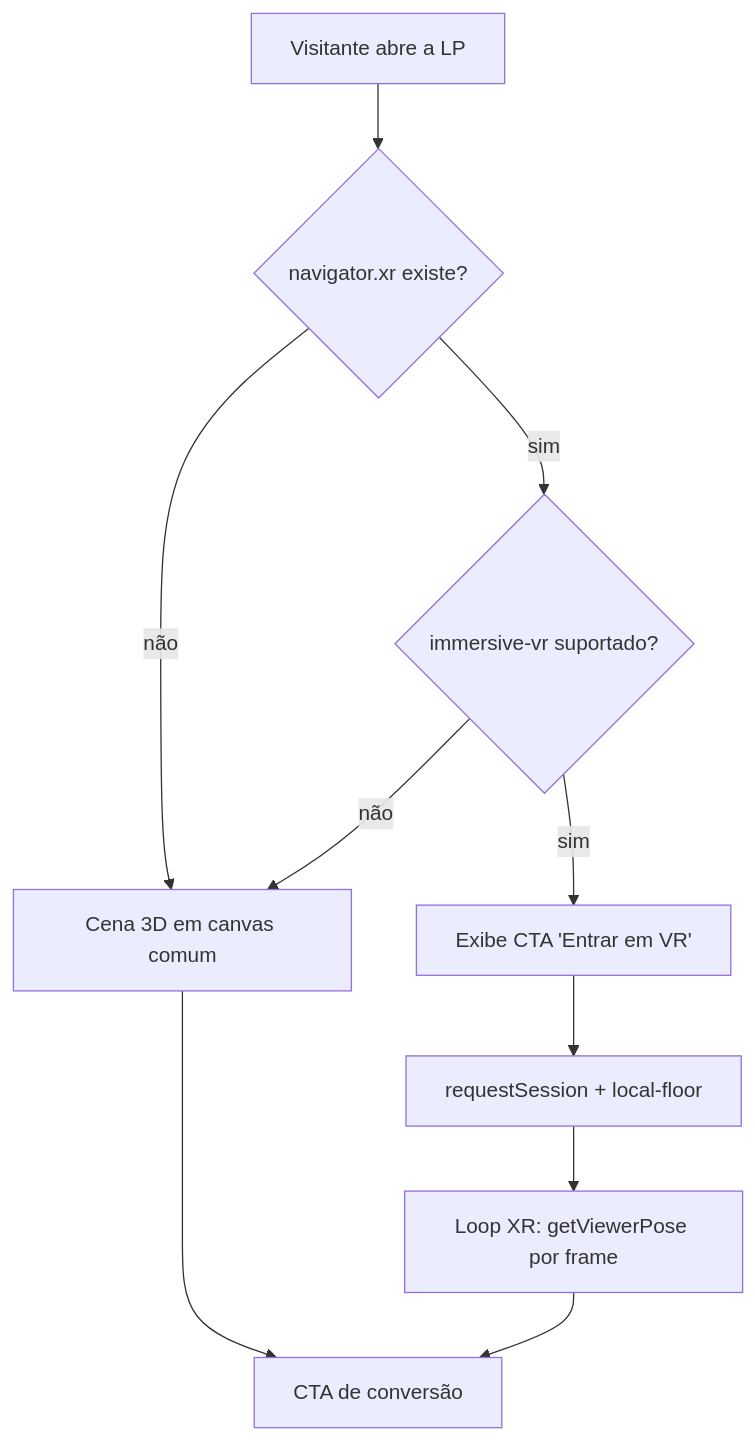
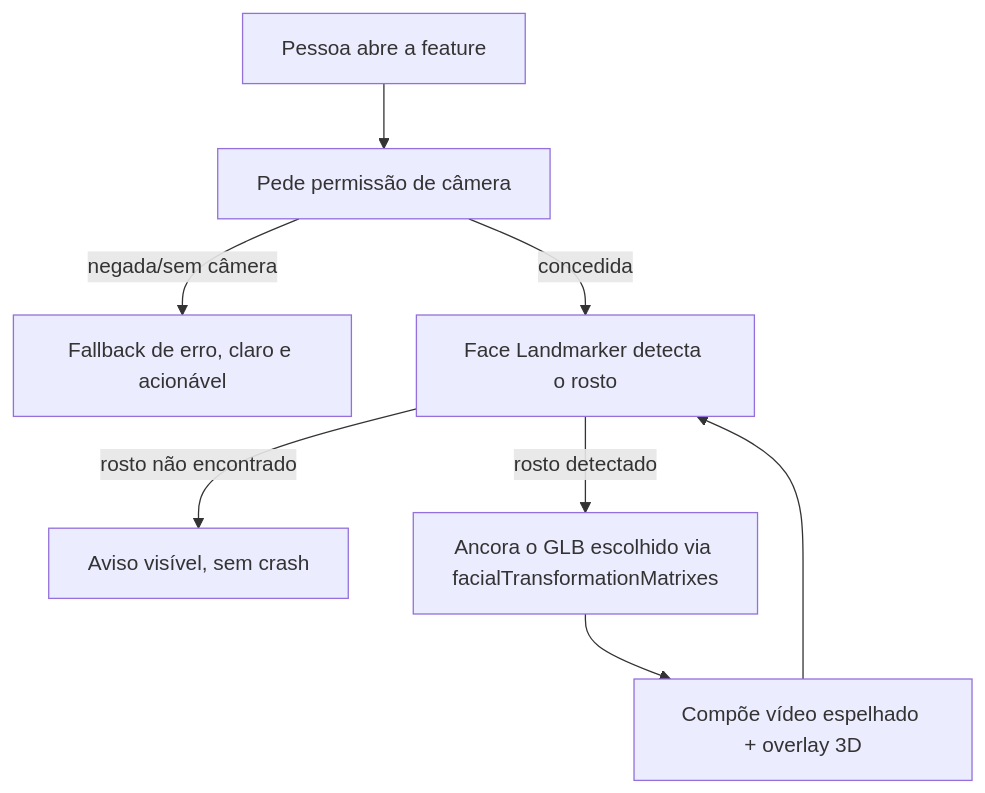
Before and after one commit to rafafrd/LP-with-VR: the diagram in docs/vault/05-VR-e-3D/05-VR-e-3D.md, drawn with Mermaid. The commit also changed other lines of this file and 17 other files, not shown here.

First line of the commit message:
docs(vault): ADR-0003 — pivo para feature de try-on facial, fim da sessao immersive-vr

````diff
--- a/docs/vault/05-VR-e-3D/05-VR-e-3D.md
+++ b/docs/vault/05-VR-e-3D/05-VR-e-3D.md
@@ -35,12 +46,10 @@
 ```mermaid
 flowchart TD
-    A[Visitante abre a LP] --> B{navigator.xr existe?}
-    B -- não --> C[Cena 3D em canvas comum]
-    B -- sim --> D{immersive-vr suportado?}
-    D -- não --> C
-    D -- sim --> E[Exibe CTA 'Entrar em VR']
-    E --> F[requestSession + local-floor]
-    F --> G[Loop XR: getViewerPose por frame]
-    C --> H[CTA de conversão]
-    G --> H
+    A[Pessoa abre a feature] --> B[Pede permissão de câmera]
+    B -- negada/sem câmera --> C[Fallback de erro, claro e acionável]
+    B -- concedida --> D[Face Landmarker detecta o rosto]
+    D -- rosto não encontrado --> E[Aviso visível, sem crash]
+    D -- rosto detectado --> F[Ancora o GLB escolhido via facialTransformationMatrixes]
+    F --> G[Compõe vídeo espelhado + overlay 3D]
+    G --> D
 ```
````
